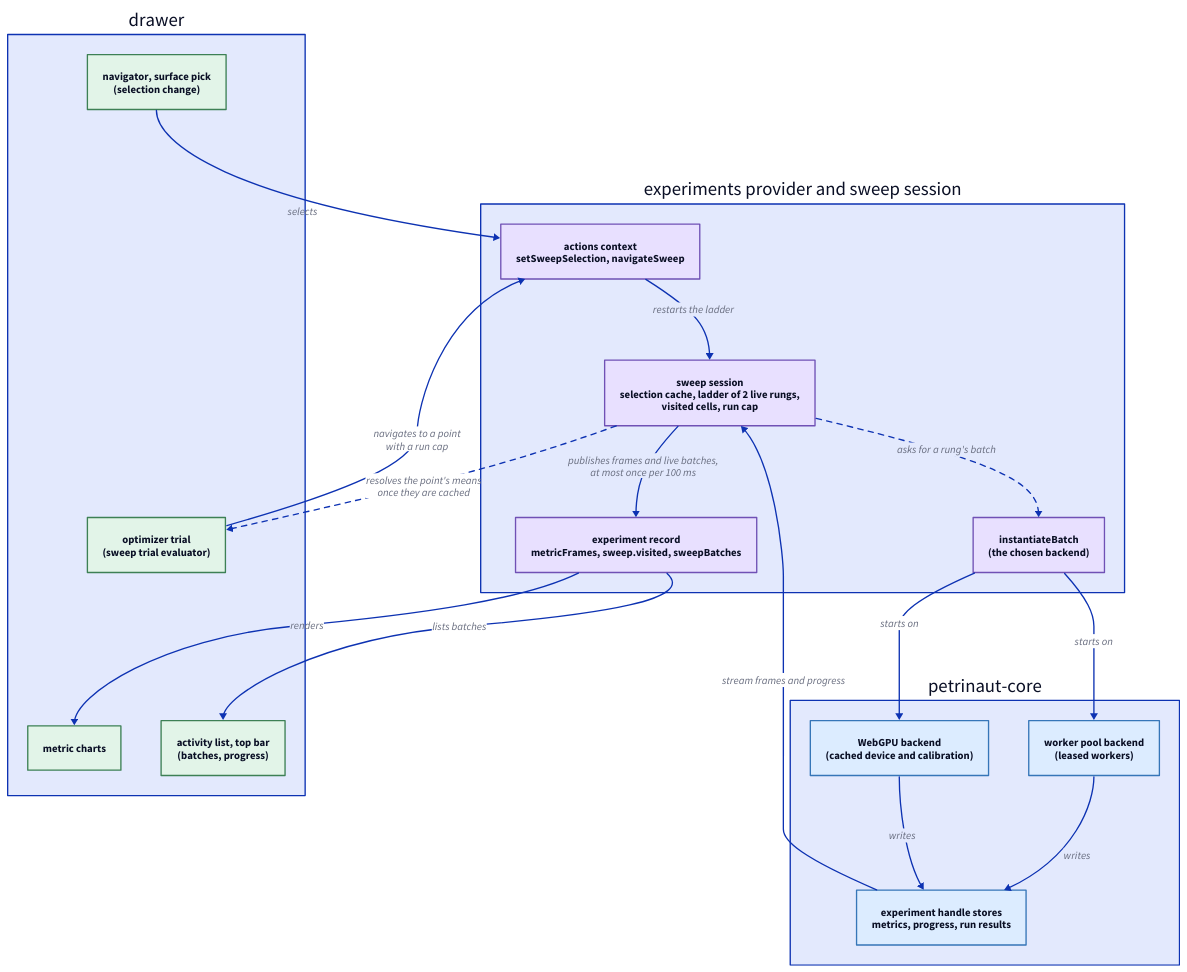
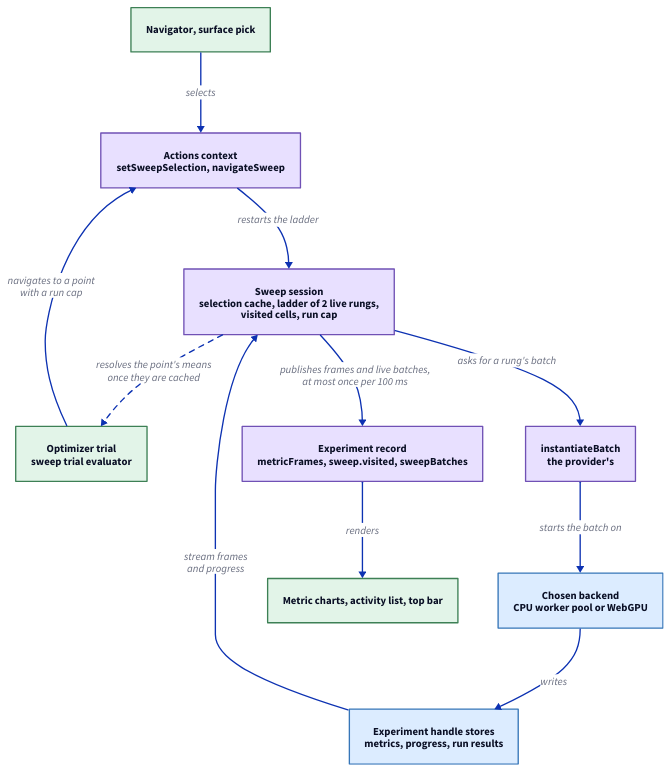
One commit to hashintel/hash changed the diagram in libs/@hashintel/petrinaut/src/react/experiments/sweep-orchestration.d2. Above: the diagram before and after it, drawn with D2. The commit also changed 3 other files, not shown here.

First line of the commit message:
FE-2319: Lay the React guides' diagrams out top to bottom

```diff
--- a/libs/@hashintel/petrinaut/src/react/experiments/sweep-orchestration.d2
+++ b/libs/@hashintel/petrinaut/src/react/experiments/sweep-orchestration.d2
@@ -1,39 +1,29 @@
 # Hand-written; rendered by the arch-docs build. Palette matches src/emit/d2.ts.
 direction: down
 
-ui: "drawer" {
-  direction: right
-  navigator: "navigator, surface pick\n(selection change)" {style.fill: "#e2f4e8"; style.stroke: "#3d8055"}
-  optimizer: "optimizer trial\n(sweep trial evaluator)" {style.fill: "#e2f4e8"; style.stroke: "#3d8055"}
-  charts: "metric charts" {style.fill: "#e2f4e8"; style.stroke: "#3d8055"}
-  activity: "activity list, top bar\n(batches, progress)" {style.fill: "#e2f4e8"; style.stroke: "#3d8055"}
+classes: {
+  ui: {style.fill: "#e2f4e8"; style.stroke: "#3d8055"}
+  react: {style.fill: "#e8e0ff"; style.stroke: "#7051b5"}
+  core: {style.fill: "#dcecff"; style.stroke: "#3676b8"}
 }
 
-react: "experiments provider and sweep session" {
-  direction: right
-  actions: "actions context\nsetSweepSelection, navigateSweep" {style.fill: "#e8e0ff"; style.stroke: "#7051b5"}
-  session: "sweep session\nselection cache, ladder of 2 live rungs,\nvisited cells, run cap" {style.fill: "#e8e0ff"; style.stroke: "#7051b5"}
-  lanes: "instantiateBatch\n(the chosen backend)" {style.fill: "#e8e0ff"; style.stroke: "#7051b5"}
-  record: "experiment record\nmetricFrames, sweep.visited, sweepBatches" {style.fill: "#e8e0ff"; style.stroke: "#7051b5"}
-}
+selection: "Navigator, surface pick" {class: ui}
+optimizer: "Optimizer trial\nsweep trial evaluator" {class: ui}
+actions: "Actions context\nsetSweepSelection, navigateSweep" {class: react}
+session: "Sweep session\nselection cache, ladder of 2 live rungs,\nvisited cells, run cap" {class: react}
+batch: "instantiateBatch\nthe provider's" {class: react}
+backend: "Chosen backend\nCPU worker pool or WebGPU" {class: core}
+stores: "Experiment handle stores\nmetrics, progress, run results" {class: core}
+record: "Experiment record\nmetricFrames, sweep.visited, sweepBatches" {class: react}
+views: "Metric charts, activity list, top bar" {class: ui}
 
-core: "petrinaut-core" {
-  direction: right
-  pool: "worker pool backend\n(leased workers)" {style.fill: "#dcecff"; style.stroke: "#3676b8"}
-  gpu: "WebGPU backend\n(cached device and calibration)" {style.fill: "#dcecff"; style.stroke: "#3676b8"}
-  stores: "experiment handle stores\nmetrics, progress, run results" {style.fill: "#dcecff"; style.stroke: "#3676b8"}
-  pool -> stores: "writes"
-  gpu -> stores: "writes"
-}
-
-ui.navigator -> react.actions: "selects"
-react.actions -> react.session: "restarts the ladder"
-react.session -> react.lanes: "asks for a rung's batch" {style.stroke-dash: 4}
-react.lanes -> core.pool: "starts on"
-react.lanes -> core.gpu: "starts on"
-core.stores -> react.session: "stream frames and progress"
-react.session -> react.record: "publishes frames and live batches,\nat most once per 100 ms"
-react.record -> ui.charts: "renders"
-ui.optimizer -> react.actions: "navigates to a point\nwith a run cap"
-react.session -> ui.optimizer: "resolves the point's means\nonce they are cached" {style.stroke-dash: 4}
-react.record -> ui.activity: "lists batches"
+selection -> actions: "selects"
+optimizer -> actions: "navigates to a point\nwith a run cap"
+actions -> session: "restarts the ladder"
+session -> batch: "asks for a rung's batch"
+batch -> backend: "starts the batch on"
+backend -> stores: "writes"
+stores -> session: "stream frames\nand progress"
+session -> record: "publishes frames and live batches,\nat most once per 100 ms"
+record -> views: "renders"
+session -> optimizer: "resolves the point's means\nonce they are cached" {style.stroke-dash: 4}
```
